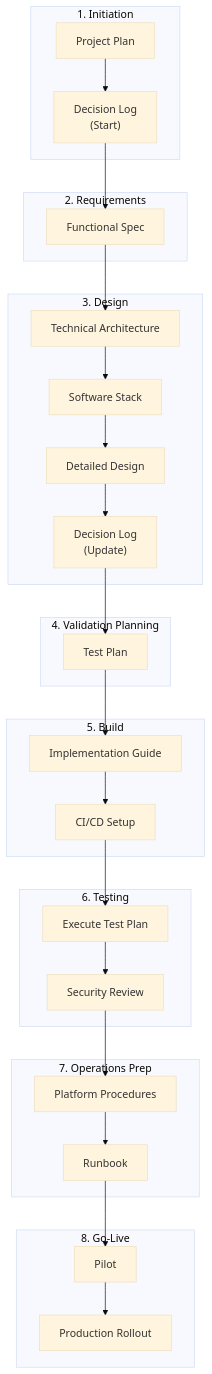
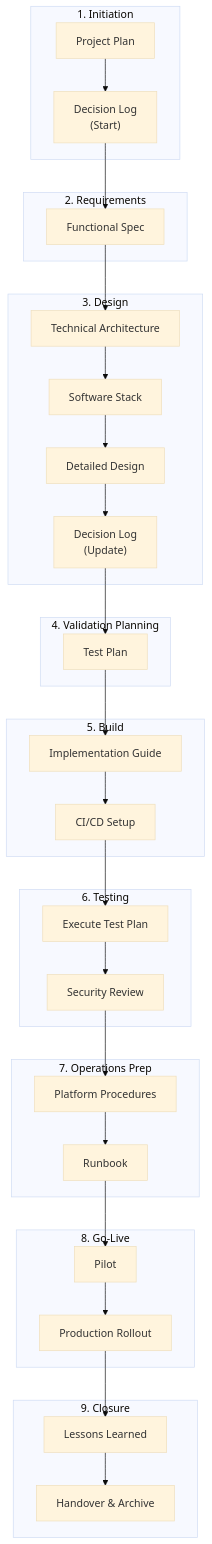
The first of 2 diagrams in docs/best-practices/technical-project-management.md (davidvupham/dbtools), drawn with Mermaid (base theme) before and after one commit. The commit also changed other lines of this file, not shown here.

````diff
--- a/docs/best-practices/technical-project-management.md
+++ b/docs/best-practices/technical-project-management.md
@@ -51,44 +52,49 @@
 ```mermaid
 graph TD
     subgraph Phase1["1. Initiation"]
         A["Project Plan"]
         B["Decision Log<br/>(Start)"]
     end
 
     subgraph Phase2["2. Requirements"]
         C["Functional Spec"]
     end
 
     subgraph Phase3["3. Design"]
         D["Technical Architecture"]
         E["Software Stack"]
         F["Detailed Design"]
         G["Decision Log<br/>(Update)"]
     end
 
     subgraph Phase4["4. Validation Planning"]
         H["Test Plan"]
     end
 
     subgraph Phase5["5. Build"]
         I["Implementation Guide"]
         J["CI/CD Setup"]
     end
 
     subgraph Phase6["6. Testing"]
         K["Execute Test Plan"]
         L["Security Review"]
     end
 
     subgraph Phase7["7. Operations Prep"]
         M["Platform Procedures"]
         N["Runbook"]
     end
 
     subgraph Phase8["8. Go-Live"]
         O["Pilot"]
         P["Production Rollout"]
     end
 
-    A --> B --> C --> D --> E --> F --> G --> H --> I --> J --> K --> L --> M --> N --> O --> P
+    subgraph Phase9["9. Closure"]
+        Q["Lessons Learned"]
+        R["Handover & Archive"]
+    end
+
+    A --> B --> C --> D --> E --> F --> G --> H --> I --> J --> K --> L --> M --> N --> O --> P --> Q --> R
 ```
````
